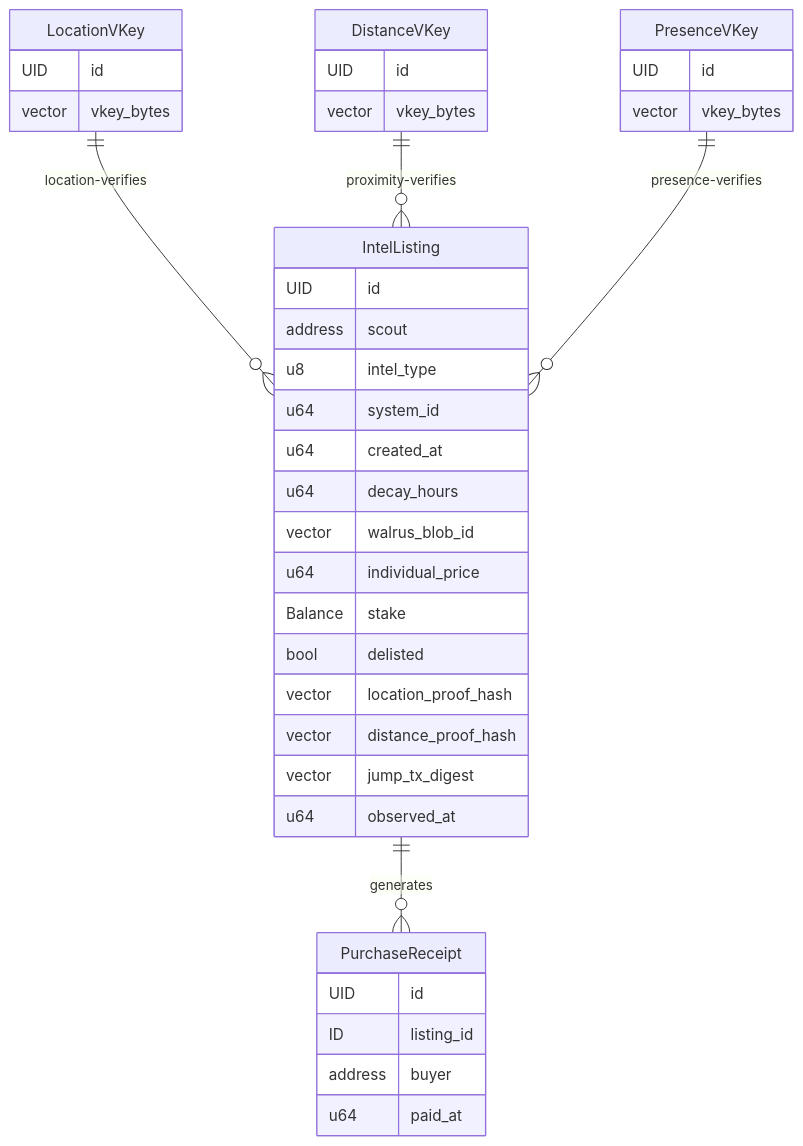
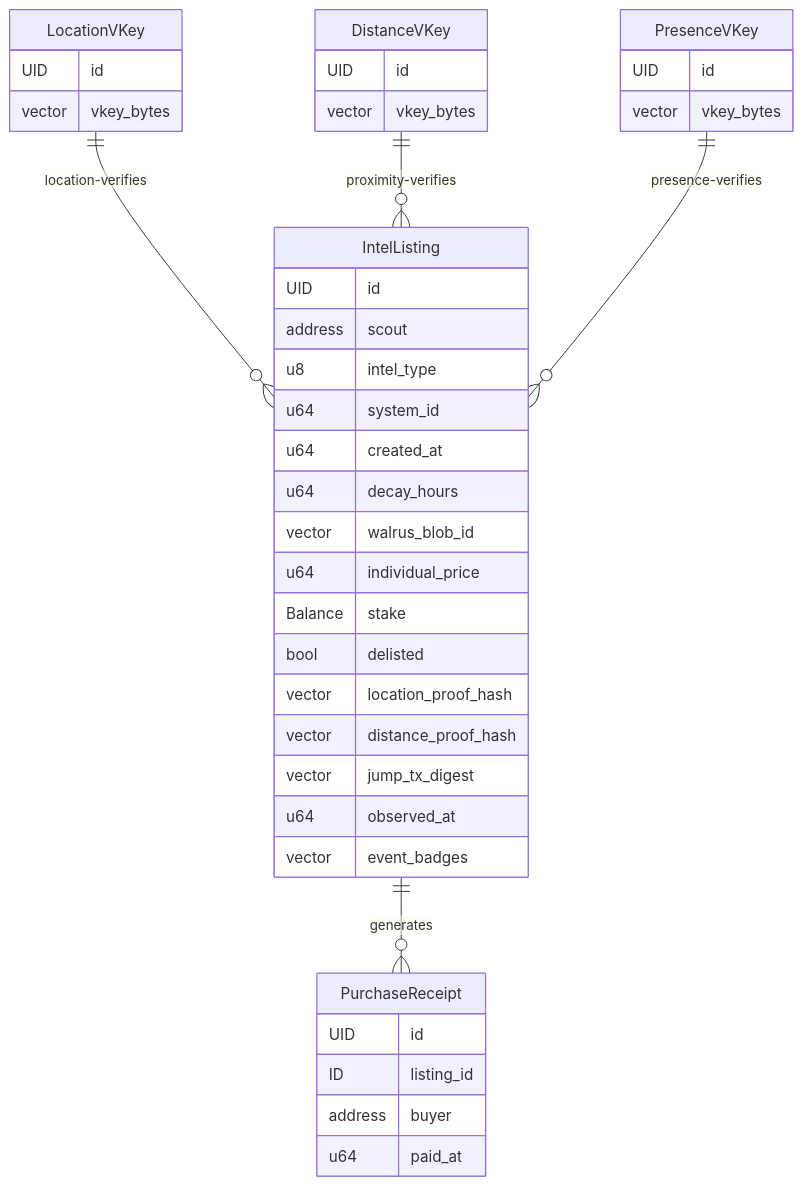
The diagram in docs/ARCHITECTURE.md (bozbuilds/The_RiftBroker), drawn with Mermaid before and after one commit. The commit also changed other lines of this file and 3 other files, not shown here.

Commit message:
docs: update project documentation for stackable event badges

````diff
--- a/docs/ARCHITECTURE.md
+++ b/docs/ARCHITECTURE.md
@@ -197,46 +228,47 @@
 ```mermaid
 erDiagram
     LocationVKey {
         UID id
         vector vkey_bytes
     }
 
     DistanceVKey {
         UID id
         vector vkey_bytes
     }
 
     PresenceVKey {
         UID id
         vector vkey_bytes
     }
 
     IntelListing {
         UID id
         address scout
         u8 intel_type
         u64 system_id
         u64 created_at
         u64 decay_hours
         vector walrus_blob_id
         u64 individual_price
         Balance stake
         bool delisted
         vector location_proof_hash
         vector distance_proof_hash
         vector jump_tx_digest
         u64 observed_at
+        vector event_badges
     }
 
     PurchaseReceipt {
         UID id
         ID listing_id
         address buyer
         u64 paid_at
     }
 
     LocationVKey ||--o{ IntelListing : "location-verifies"
     DistanceVKey ||--o{ IntelListing : "proximity-verifies"
     PresenceVKey ||--o{ IntelListing : "presence-verifies"
     IntelListing ||--o{ PurchaseReceipt : "generates"
 ```
````
